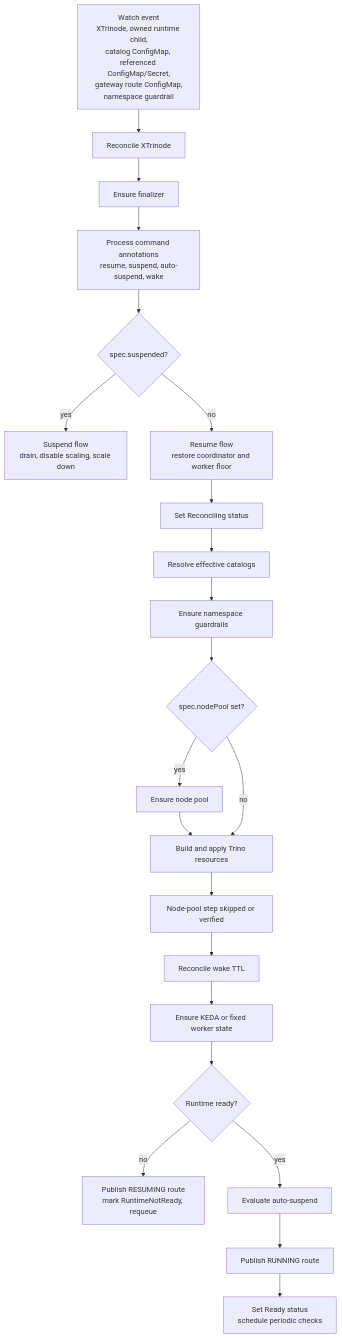
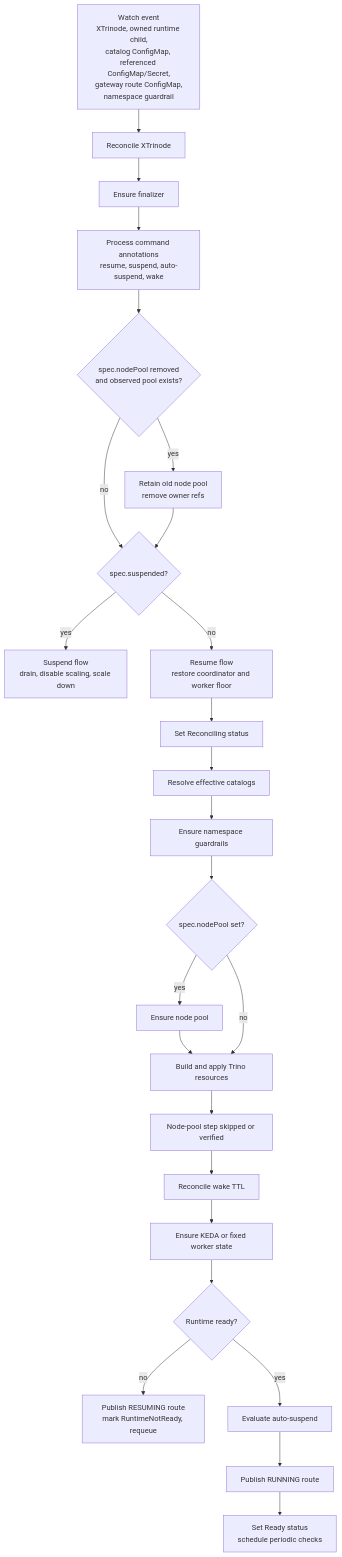
The sixth of 10 diagrams in docs/ARCHITECTURE.md (xtrinode/xtrinode), drawn with Mermaid before and after one commit. The commit also changed other lines of this file and 16 other files, not shown here.

````diff
--- a/docs/ARCHITECTURE.md
+++ b/docs/ARCHITECTURE.md
@@ -419,25 +419,28 @@
 ```mermaid
 flowchart TB
   event["Watch event<br/>XTrinode, owned runtime child,<br/>catalog ConfigMap, referenced ConfigMap/Secret,<br/>gateway route ConfigMap,<br/>namespace guardrail"] --> reconcile["Reconcile XTrinode"]
   reconcile --> finalizer["Ensure finalizer"]
   finalizer --> commands["Process command annotations<br/>resume, suspend, auto-suspend, wake"]
-  commands --> suspended{"spec.suspended?"}
+  commands --> removednp{"spec.nodePool removed<br/>and observed pool exists?"}
+  removednp -- yes --> retainnp["Retain old node pool<br/>remove owner refs"]
+  removednp -- no --> suspended{"spec.suspended?"}
+  retainnp --> suspended
 
   suspended -- yes --> suspend["Suspend flow<br/>drain, disable scaling, scale down"]
   suspended -- no --> resume["Resume flow<br/>restore coordinator and worker floor"]
   resume --> phase["Set Reconciling status"]
   phase --> catalogs["Resolve effective catalogs"]
   catalogs --> guardrails["Ensure namespace guardrails"]
   guardrails --> nodepool{"spec.nodePool set?"}
   nodepool -- yes --> npfirst["Ensure node pool"]
   npfirst --> resources["Build and apply Trino resources"]
   nodepool -- no --> resources
   resources --> npskip["Node-pool step skipped or verified"]
   npskip --> wake["Reconcile wake TTL"]
   wake --> keda["Ensure KEDA or fixed worker state"]
   keda --> runtime{"Runtime ready?"}
   runtime -- no --> pending["Publish RESUMING route<br/>mark RuntimeNotReady, requeue"]
   runtime -- yes --> autosuspend["Evaluate auto-suspend"]
   autosuspend --> readyroute["Publish RUNNING route"]
   readyroute --> ready["Set Ready status<br/>schedule periodic checks"]
 ```
````
